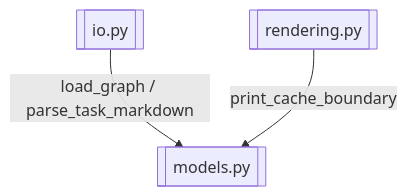
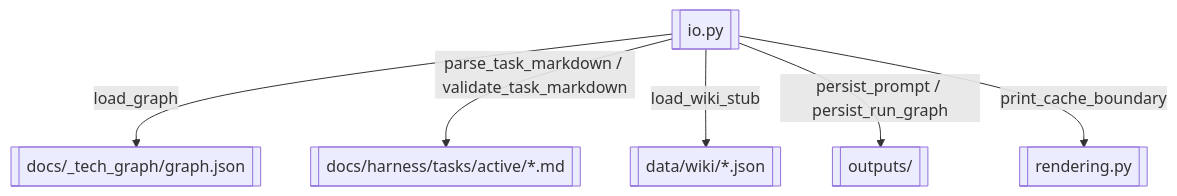
The diagram in docs/_tech_graph/70_io.md (Cyning12/cyning-harness-probe), drawn with Mermaid before and after one commit. The commit also changed other lines of this file and 34 other files, not shown here.

First line of the commit message:
docs(tech-graph): rebuild docs/_tech_graph without .ai.md

````diff
--- a/docs/_tech_graph/70_io.md
+++ b/docs/_tech_graph/70_io.md
@@ -17,9 +17,15 @@
 ```mermaid
 flowchart TD
     IO[["io.py"]]
     RENDERING[["rendering.py"]]
-    MODELS[["models.py"]]
-    IO --"load_graph / parse_task_markdown"--> MODELS
-    RENDERING --"print_cache_boundary"--> MODELS
+    GRAPH_JSON[["docs/_tech_graph/graph.json"]]
+    TASK_MD[["docs/harness/tasks/active/*.md"]]
+    WIKI_JSON[["data/wiki/*.json"]]
+    OUTPUTS[["outputs/"]]
+    IO --"load_graph"--> GRAPH_JSON
+    IO --"parse_task_markdown / validate_task_markdown"--> TASK_MD
+    IO --"load_wiki_stub"--> WIKI_JSON
+    IO --"persist_prompt / persist_run_graph"--> OUTPUTS
+    IO --"print_cache_boundary"--> RENDERING
     %% 锚点：见 YAML 源 edges[].anchors
 ```
````
